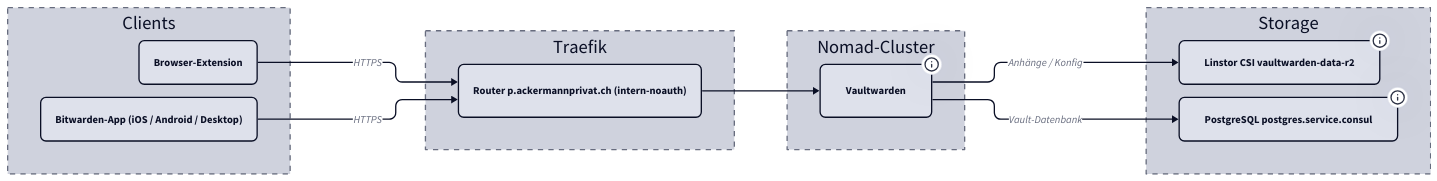
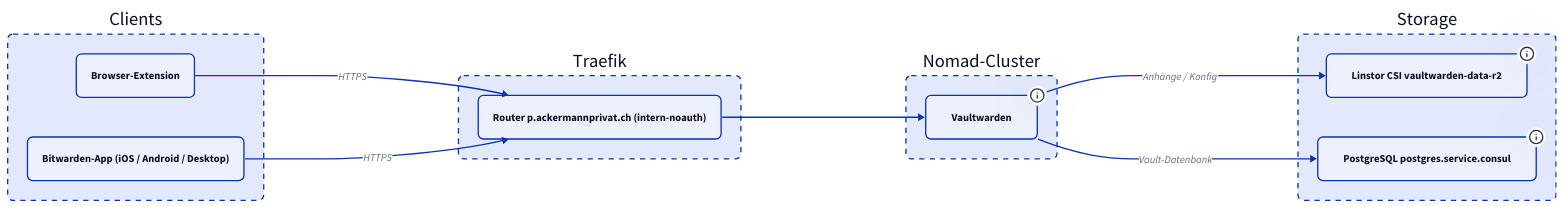
The diagram in docs/vaultwarden/index.md (derever-labs/homelab-wiki), drawn with D2 before and after one commit. The commit also changed 10 other files, not shown here.

First line of the commit message:
docs(identity): Diagramme fuer TALA ueberarbeiten (Batch B4) (#99)

````diff
--- a/docs/vaultwarden/index.md
+++ b/docs/vaultwarden/index.md
@@ -31,41 +31,36 @@
 ```d2
-vars: {
-  d2-config: {
-    theme-id: 1
-    layout-engine: elk
-  }
-}
 direction: right
 
 classes: {
-  node: { style.border-radius: 8 }
+  node: { style: { border-radius: 8 } }
+  container: { style: { border-radius: 8; stroke-dash: 4 } }
 }
 
 clients: Clients {
-  style.stroke-dash: 4
+  class: container
   brw: Browser-Extension { class: node }
   app: "Bitwarden-App (iOS / Android / Desktop)" { class: node }
 }
 
 traefik: Traefik {
-  style.stroke-dash: 4
+  class: container
   router: "Router p.ackermannprivat.ch (intern-noauth)" { class: node }
 }
 
 nomad: Nomad-Cluster {
-  style.stroke-dash: 4
+  class: container
   vw: Vaultwarden { class: node; tooltip: "client-05/06" }
 }
 
 storage: Storage {
-  style.stroke-dash: 4
+  class: container
   csi: "Linstor CSI vaultwarden-data-r2" { class: node; tooltip: "ext4, DRBD-repliziert auf client-05/06" }
   pg: "PostgreSQL postgres.service.consul" { class: node; tooltip: "DB vaultwarden im Postgres-DRBD-Cluster" }
 }
 
 clients.brw -> traefik.router: HTTPS
 clients.app -> traefik.router: HTTPS
 traefik.router -> nomad.vw
 nomad.vw -> storage.csi: "Anhänge / Konfig"
 nomad.vw -> storage.pg: "Vault-Datenbank"
 ```
````
